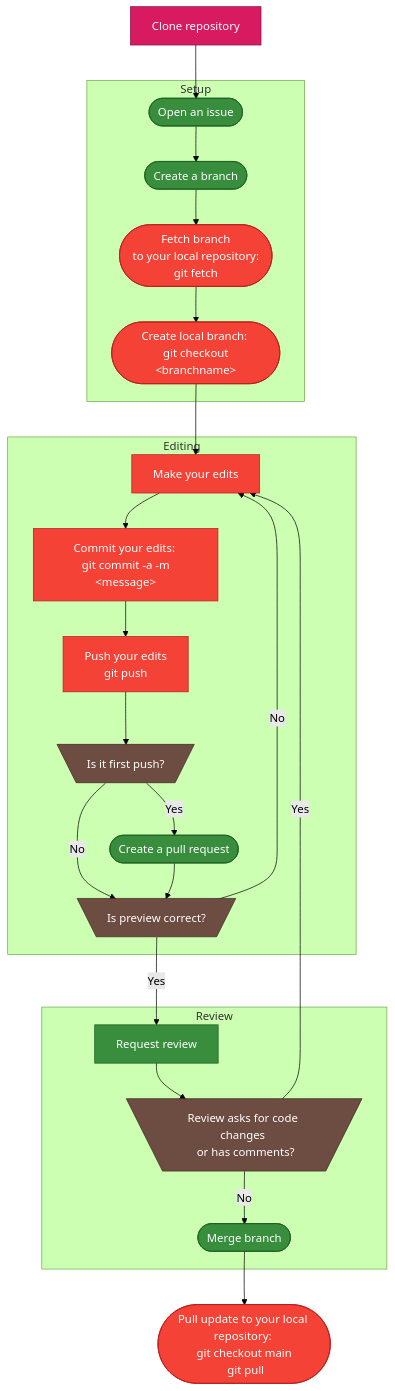
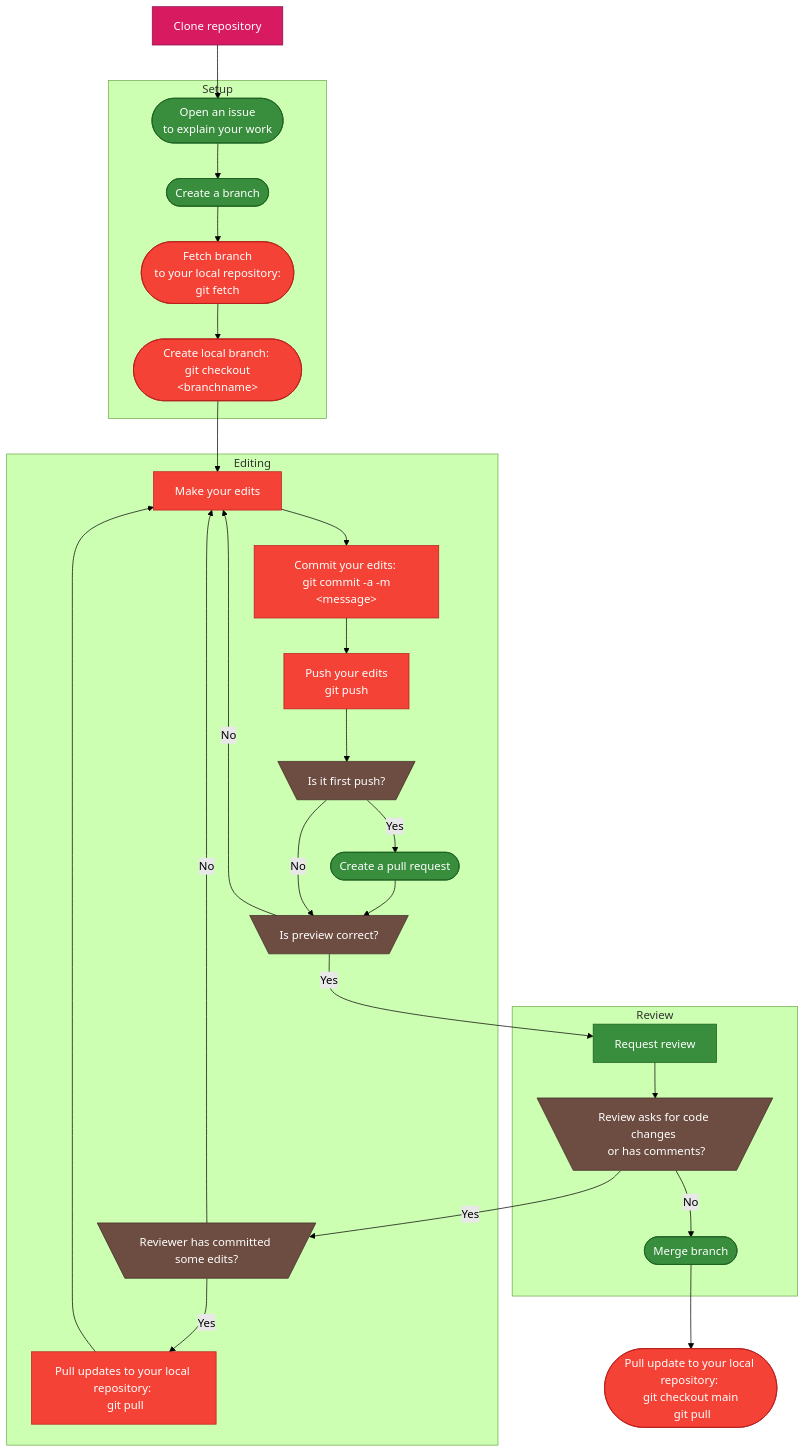
Before and after one commit to CABLE-LSM/CABLE: the second of 2 diagrams in documentation/docs/developer_guide/contribution_flowchart.md, drawn with Mermaid (forest theme). The commit also changed other lines of this file and 7 other files, not shown here.

````diff
--- a/documentation/docs/developer_guide/contribution_flowchart.md
+++ b/documentation/docs/developer_guide/contribution_flowchart.md
@@ -30,36 +36,54 @@
 ```mermaid
    flowchart TB
-   A[Clone repository]:::uniq --> B([Open an issue]):::github;
-   subgraph Review
-      L --> M[\Review asks for code changes <br> or has comments?/]:::question;
-      M -->|No|N([Merge branch]):::github;
-   end
-   subgraph Editing
-      F --> G["Commit your edits: <br> git commit -a -m &lt;message&gt;"]:::term;
-      G --> H[Push your edits <br> git push]:::term;
-      H --> I[\Is it first push?/]:::question;
-      I -->|Yes|J([Create a pull request]):::github;
-      I -->|No|K
-      J --> K[\Is preview correct?/]:::question;
-      K -->|Yes|L[Request review]:::github;
-      K -->|No|F;
-      M -->|Yes|F;
 
-   end
-   subgraph Setup
-      B --> C([Create a branch]):::github;
-      C --> D([Fetch branch <br> to your local repository: <br> git fetch]):::term;
-      D --> E(["Create local branch: <br> git checkout &lt;branchname&gt;"]):::term;
-      E --> F[Make your edits]:::term;
-   end
-   N --> O([Pull update to your local repository: <br> git checkout main <br> git pull]):::term;
+      %% Define all the nodes first
+      clone[Clone repository]:::uniq ;
+      issue([Open an issue <br> to explain your work]):::github;
+      branch([Create a branch]):::github;
+      fetch([Fetch branch <br> to your local repository: <br> git fetch]):::term;
+      locbranch(["Create local branch: <br> git checkout &lt;branchname&gt;"]):::term;
+      edits[Make your edits]:::term;
+      commit["Commit your edits: <br> git commit -a -m &lt;message&gt;"]:::term;
+      push[Push your edits <br> git push]:::term;
+      first[\Is it first push?/]:::question;
+      pr([Create a pull request]):::github;
+      preview[\Is preview correct?/]:::question;
+      review[Request review]:::github;
+      reviewchange[\Review asks for code changes <br> or has comments?/]:::question;
+      revieweredits[\Reviewer has committed some edits? /]:::question;
+      update[Pull updates to your local repository: <br> git pull]:::term;
+      merge([Merge branch]):::github;
+      updatemain([Pull update to your local repository: <br> git checkout main <br> git pull]):::term;
 
-   classDef default fill:#FFFDE7, stroke:#FFF59D;
-   classDef uniq fill:#D81B60, stroke:#880E4F, color:#FFFFFF;
-   classDef github fill:#388E3C,stroke:#1B5E20, color:#FFFFFF;
-   classDef term fill:#F44336, stroke:#B71C1C, color:#FFFFFF;
-   classDef question fill:#6D4C41, stroke:#3E2723, color:#FFFFFF; 
+      %% Define the graphs using the nodes' names
+      clone --> issue;
+      merge --> updatemain;
+
+      subgraph Review
+         review --> reviewchange;
+         reviewchange -->|No|merge;
+      end
+
+      subgraph Editing
+         edits --> commit --> push --> first;
+         first -->|Yes|pr --> preview;
+         first -->|No|preview;
+         preview -->|Yes|review;
+         preview -->|No|edits;
+         reviewchange -->|Yes|revieweredits;
+         revieweredits -->|Yes|update --> edits;
+         revieweredits -->|No|edits;
+      end
+
+      subgraph Setup
+         issue --> branch --> fetch--> locbranch--> edits;
+      end
+
+      classDef default fill:#FFFDE7, stroke:#FFF59D;
+      classDef uniq fill:#D81B60, stroke:#880E4F, color:#FFFFFF;
+      classDef github fill:#388E3C,stroke:#1B5E20, color:#FFFFFF;
+      classDef term fill:#F44336, stroke:#B71C1C, color:#FFFFFF;
+      classDef question fill:#6D4C41, stroke:#3E2723, color:#FFFFFF; 
 
 ;
-
 ```
````
